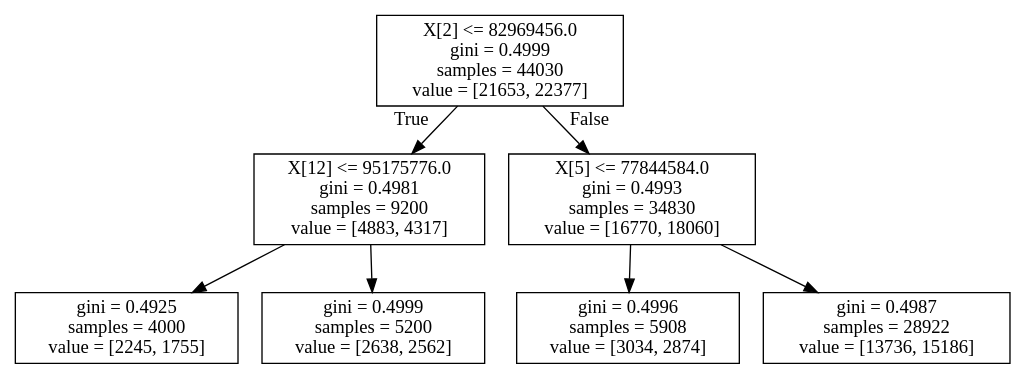
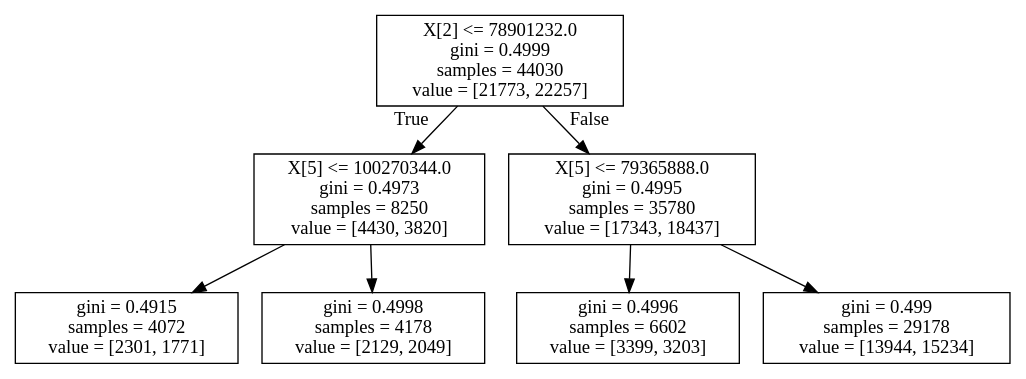
One commit to maupardh/Numerai changed the diagram in ClassificationTrees/singleClassifTreeWithDepth2.dot. Above: the diagram before and after it, drawn with Graphviz. The commit also changed 30 other files, not shown here.

```diff
--- a/ClassificationTrees/singleClassifTreeWithDepth2.dot
+++ b/ClassificationTrees/singleClassifTreeWithDepth2.dot
@@ -1,16 +1,16 @@
 digraph Tree {
 node [shape=box] ;
-0 [label="X[2] <= 82969456.0\ngini = 0.4999\nsamples = 44030\nvalue = [21653, 22377]"] ;
-1 [label="X[12] <= 95175776.0\ngini = 0.4981\nsamples = 9200\nvalue = [4883, 4317]"] ;
+0 [label="X[2] <= 78901232.0\ngini = 0.4999\nsamples = 44030\nvalue = [21773, 22257]"] ;
+1 [label="X[5] <= 100270344.0\ngini = 0.4973\nsamples = 8250\nvalue = [4430, 3820]"] ;
 0 -> 1 [labeldistance=2.5, labelangle=45, headlabel="True"] ;
-2 [label="gini = 0.4925\nsamples = 4000\nvalue = [2245, 1755]"] ;
+2 [label="gini = 0.4915\nsamples = 4072\nvalue = [2301, 1771]"] ;
 1 -> 2 ;
-3 [label="gini = 0.4999\nsamples = 5200\nvalue = [2638, 2562]"] ;
+3 [label="gini = 0.4998\nsamples = 4178\nvalue = [2129, 2049]"] ;
 1 -> 3 ;
-4 [label="X[5] <= 77844584.0\ngini = 0.4993\nsamples = 34830\nvalue = [16770, 18060]"] ;
+4 [label="X[5] <= 79365888.0\ngini = 0.4995\nsamples = 35780\nvalue = [17343, 18437]"] ;
 0 -> 4 [labeldistance=2.5, labelangle=-45, headlabel="False"] ;
-5 [label="gini = 0.4996\nsamples = 5908\nvalue = [3034, 2874]"] ;
+5 [label="gini = 0.4996\nsamples = 6602\nvalue = [3399, 3203]"] ;
 4 -> 5 ;
-6 [label="gini = 0.4987\nsamples = 28922\nvalue = [13736, 15186]"] ;
+6 [label="gini = 0.499\nsamples = 29178\nvalue = [13944, 15234]"] ;
 4 -> 6 ;
 }
```
